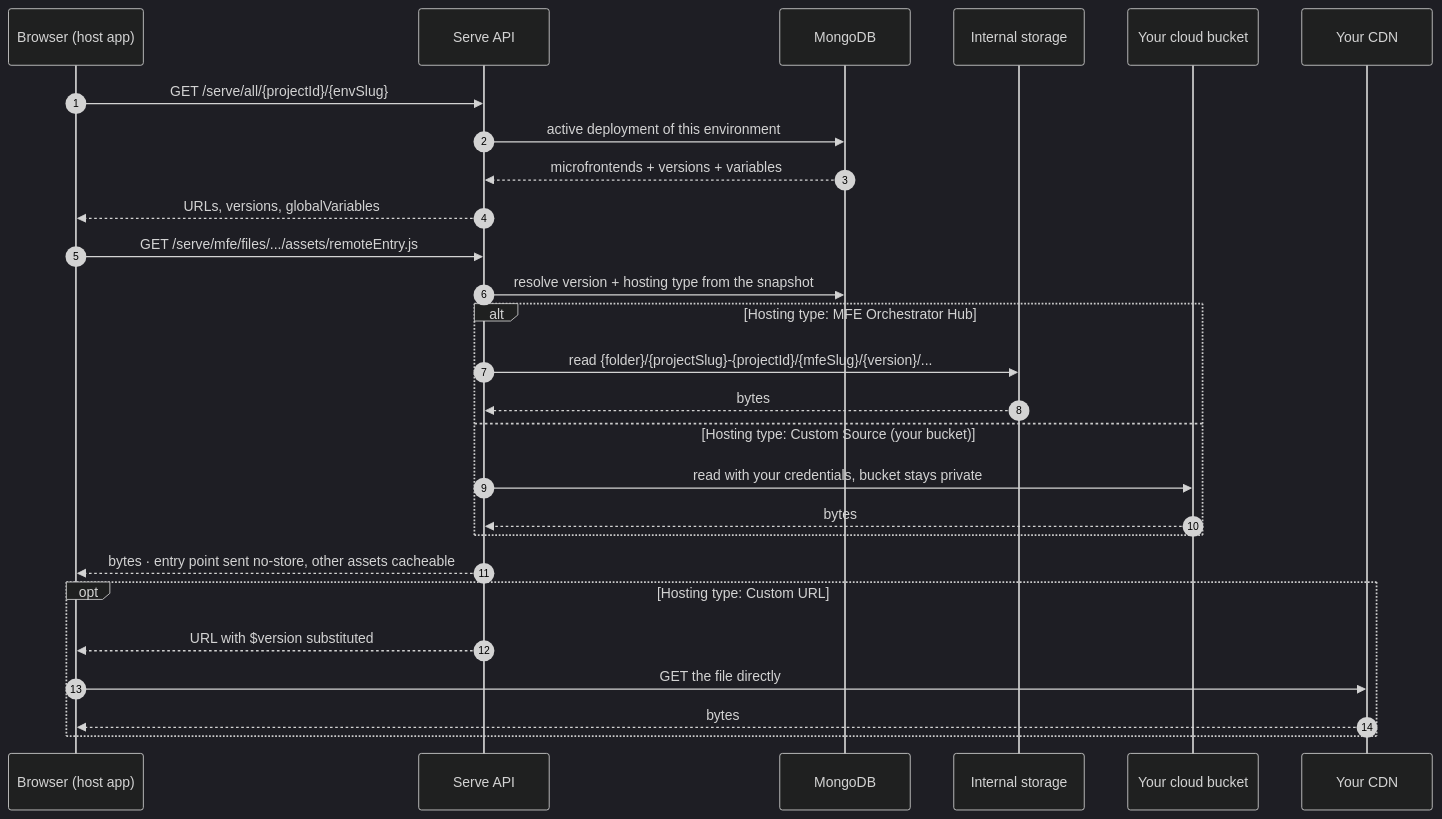
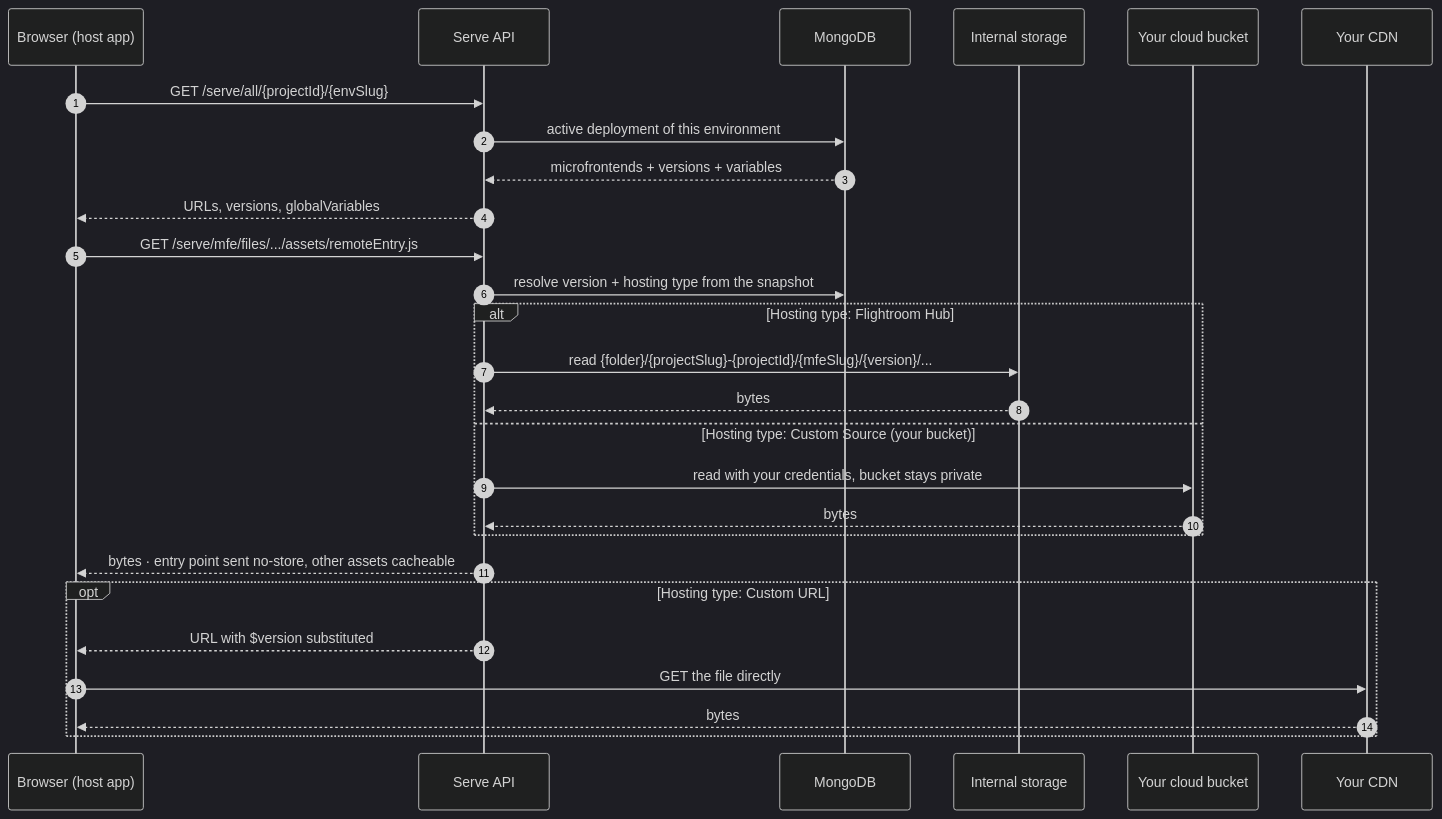
One commit to flightroom/documentation changed the third of 4 diagrams in docs/architecture.md. Above: the diagram before and after it, drawn with Mermaid (dark theme). The commit also changed other lines of this file and 60 other files, not shown here.

````diff
--- a/docs/architecture.md
+++ b/docs/architecture.md
@@ -165,34 +165,34 @@
 ```mermaid
 sequenceDiagram
     autonumber
     participant B as Browser (host app)
     participant S as Serve API
     participant DB as MongoDB
     participant F as Internal storage
     participant C as Your cloud bucket
     participant X as Your CDN
 
     B->>S: GET /serve/all/{projectId}/{envSlug}
     S->>DB: active deployment of this environment
     DB-->>S: microfrontends + versions + variables
     S-->>B: URLs, versions, globalVariables
 
     B->>S: GET /serve/mfe/files/.../assets/remoteEntry.js
     S->>DB: resolve version + hosting type from the snapshot
 
-    alt Hosting type: MFE Orchestrator Hub
+    alt Hosting type: Flightroom Hub
         S->>F: read {folder}/{projectSlug}-{projectId}/{mfeSlug}/{version}/...
         F-->>S: bytes
     else Hosting type: Custom Source (your bucket)
         S->>C: read with your credentials, bucket stays private
         C-->>S: bytes
     end
 
     S-->>B: bytes · entry point sent no-store, other assets cacheable
 
     opt Hosting type: Custom URL
         S-->>B: URL with $version substituted
         B->>X: GET the file directly
         X-->>B: bytes
     end
 ```
````
